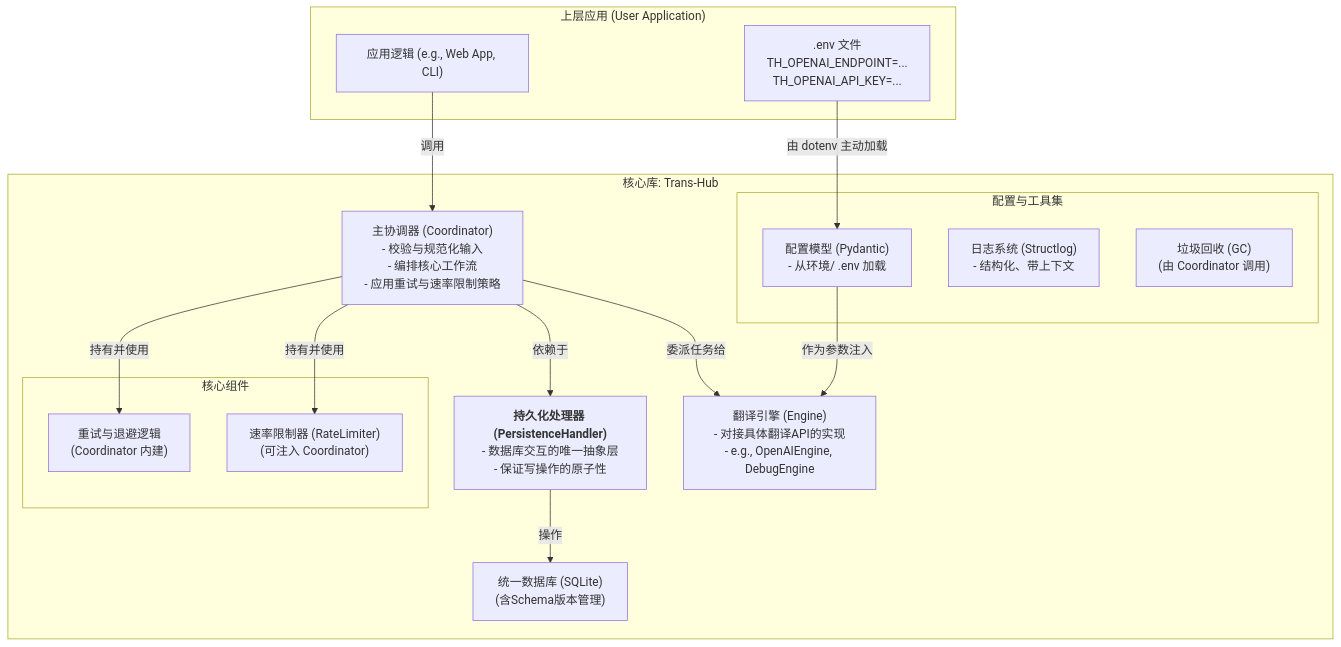
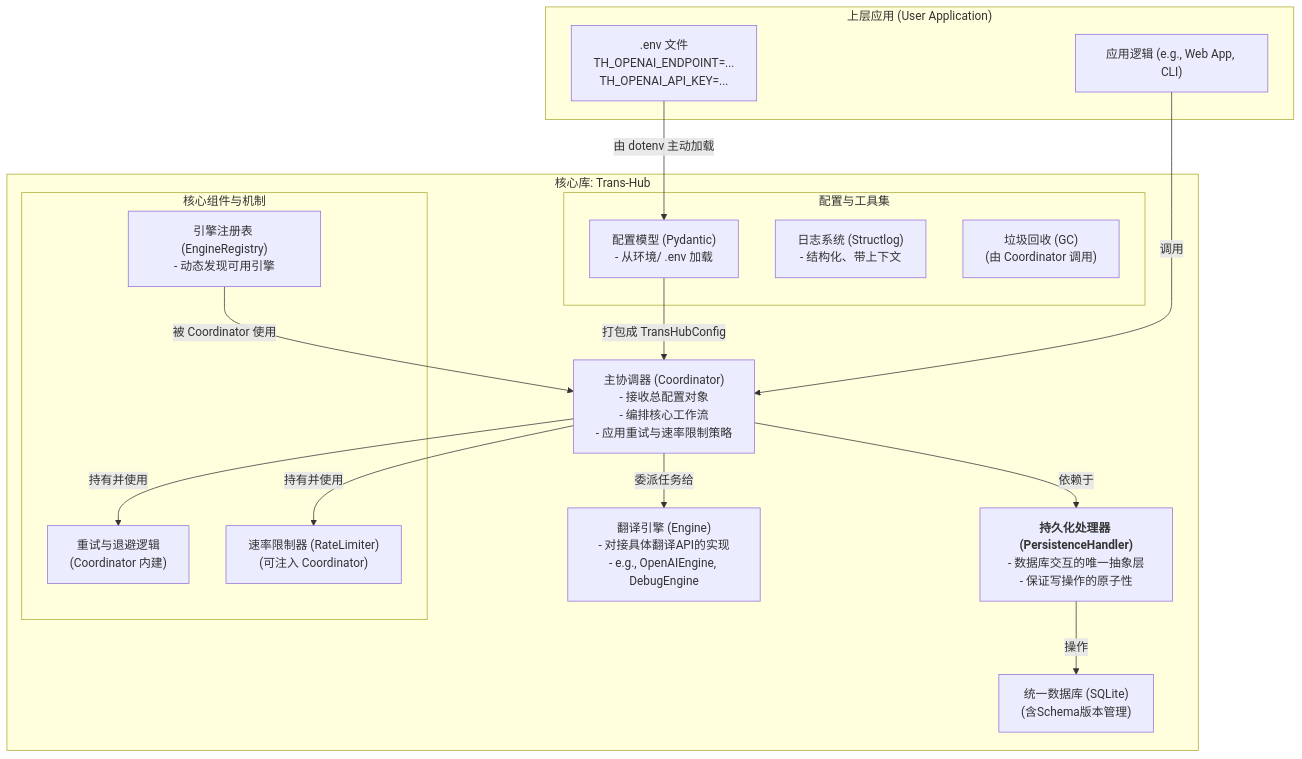
Before and after one commit to SakenW/Trans-Hub: the first of 2 diagrams in docs/trans-hub-core-design.md, drawn with Mermaid. The commit also changed other lines of this file and 10 other files, not shown here.

````diff
--- a/docs/trans-hub-core-design.md
+++ b/docs/trans-hub-core-design.md
@@ -47,33 +62,35 @@
 ```mermaid
 graph TD
     subgraph "上层应用 (User Application)"
         A["应用逻辑 (e.g., Web App, CLI)"]
         G[".env 文件\nTH_OPENAI_ENDPOINT=...\nTH_OPENAI_API_KEY=..."]
     end
 
     subgraph "核心库: Trans-Hub"
-        B["主协调器 (Coordinator)\n- 校验与规范化输入\n- 编排核心工作流\n- 应用重试与速率限制策略"]
+        B["主协调器 (Coordinator)\n- 接收总配置对象\n- 编排核心工作流\n- 应用重试与速率限制策略"]
         D["<b>持久化处理器 (PersistenceHandler)</b>\n- 数据库交互的唯一抽象层\n- 保证写操作的原子性"]
         E["翻译引擎 (Engine)\n- 对接具体翻译API的实现\n- e.g., OpenAIEngine, DebugEngine"]
         F["统一数据库 (SQLite)\n(含Schema版本管理)"]
         
-        subgraph "核心组件"
+        subgraph "核心组件与机制"
             C1["重试与退避逻辑\n(Coordinator 内建)"]
             C2["速率限制器 (RateLimiter)\n(可注入 Coordinator)"]
+            C3["引擎注册表 (EngineRegistry)\n- 动态发现可用引擎"]
         end
         
         subgraph "配置与工具集"
             U1["配置模型 (Pydantic)\n- 从环境/ .env 加载"]
             U2["日志系统 (Structlog)\n- 结构化、带上下文"]
             U3["垃圾回收 (GC)\n(由 Coordinator 调用)"]
         end
     end
     
     G -- "由 dotenv 主动加载" --> U1
-    U1 -- "作为参数注入" --> E
+    U1 -- "打包成 TransHubConfig" --> B
+    C3 -- "被 Coordinator 使用" --> B
     A -- "调用" --> B
     B -- "持有并使用" --> C1 & C2
     B -- "依赖于" --> D
     B -- "委派任务给" --> E
     D -- "操作" --> F
 ```
````
